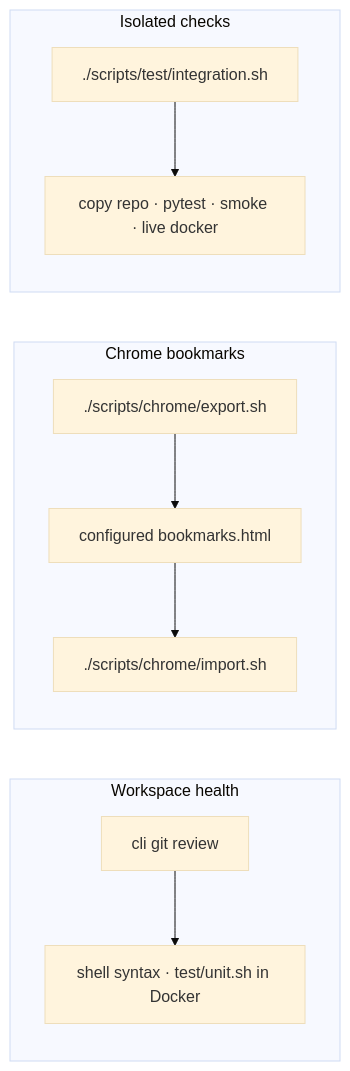
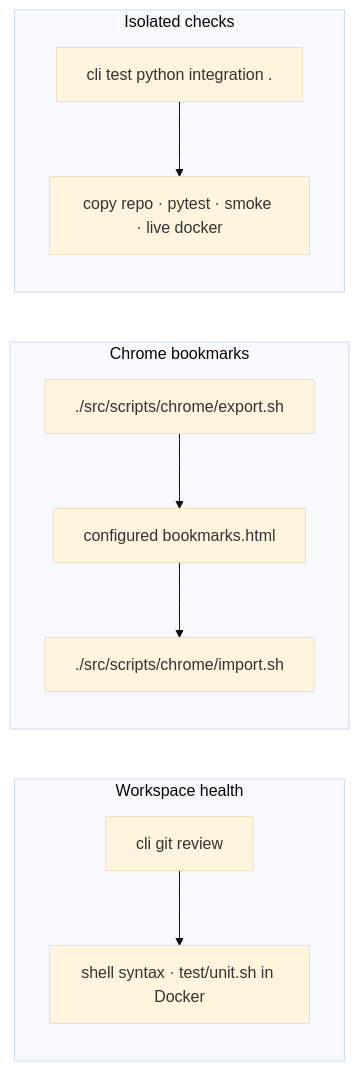
The sixth of 7 diagrams in docs/workflows.md (gardusig/cli), drawn with Mermaid (base theme) before and after one commit. The commit also changed other lines of this file and 241 other files, not shown here.

````diff
--- a/docs/workflows.md
+++ b/docs/workflows.md
@@ -178,21 +178,21 @@
 ```mermaid
 flowchart LR
     subgraph review [Workspace health]
         R1["cli git review"]
         R2["shell syntax · test/unit.sh in Docker"]
         R1 --> R2
     end
 
     subgraph bookmarks [Chrome bookmarks]
-        B1["./scripts/chrome/export.sh"]
+        B1["./src/scripts/chrome/export.sh"]
         B2["configured bookmarks.html"]
-        B3["./scripts/chrome/import.sh"]
+        B3["./src/scripts/chrome/import.sh"]
         B1 --> B2 --> B3
     end
 
     subgraph docker [Isolated checks]
-        D1["./scripts/test/integration.sh"]
+        D1["cli test python integration ."]
         D2["copy repo · pytest · smoke · live docker"]
         D1 --> D2
     end
 ```
````
